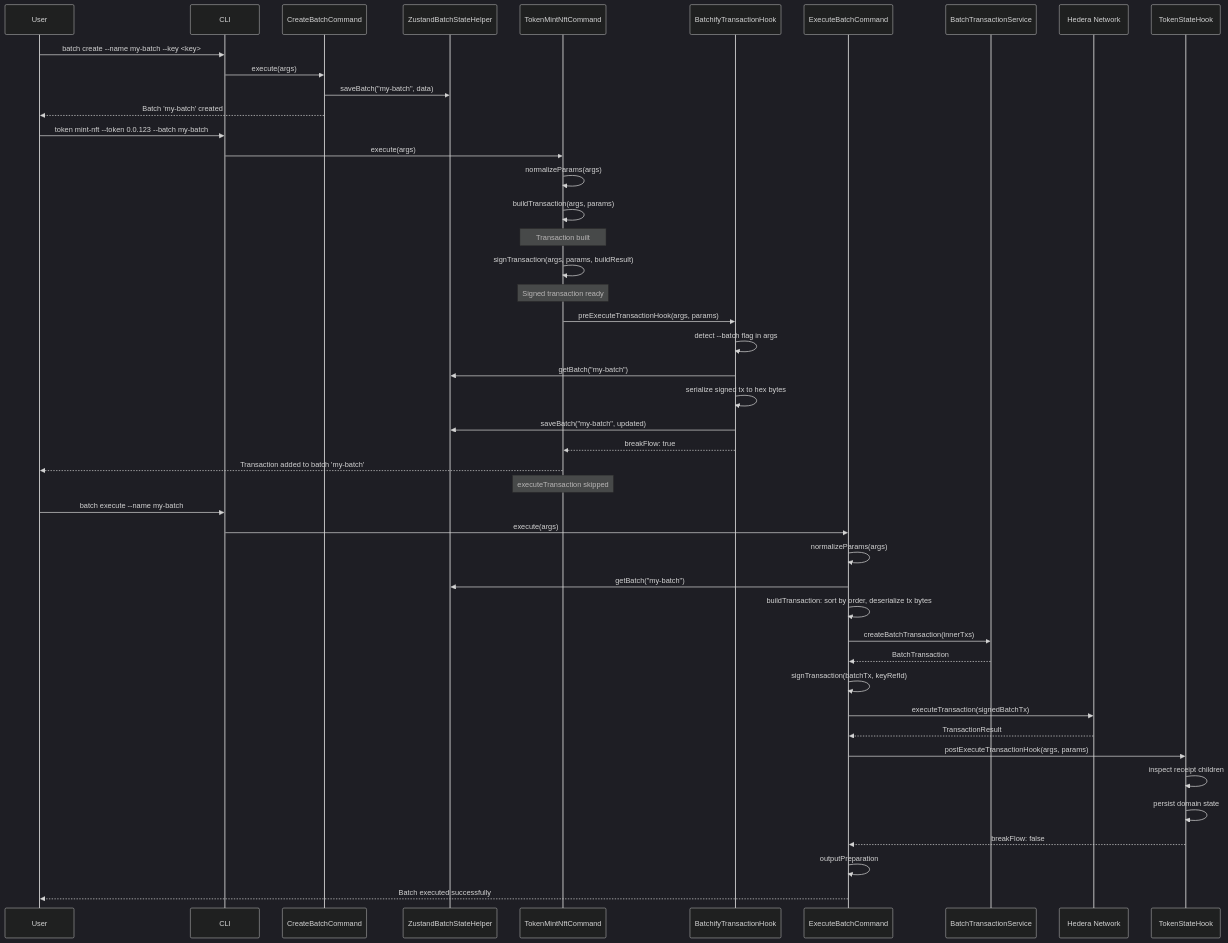
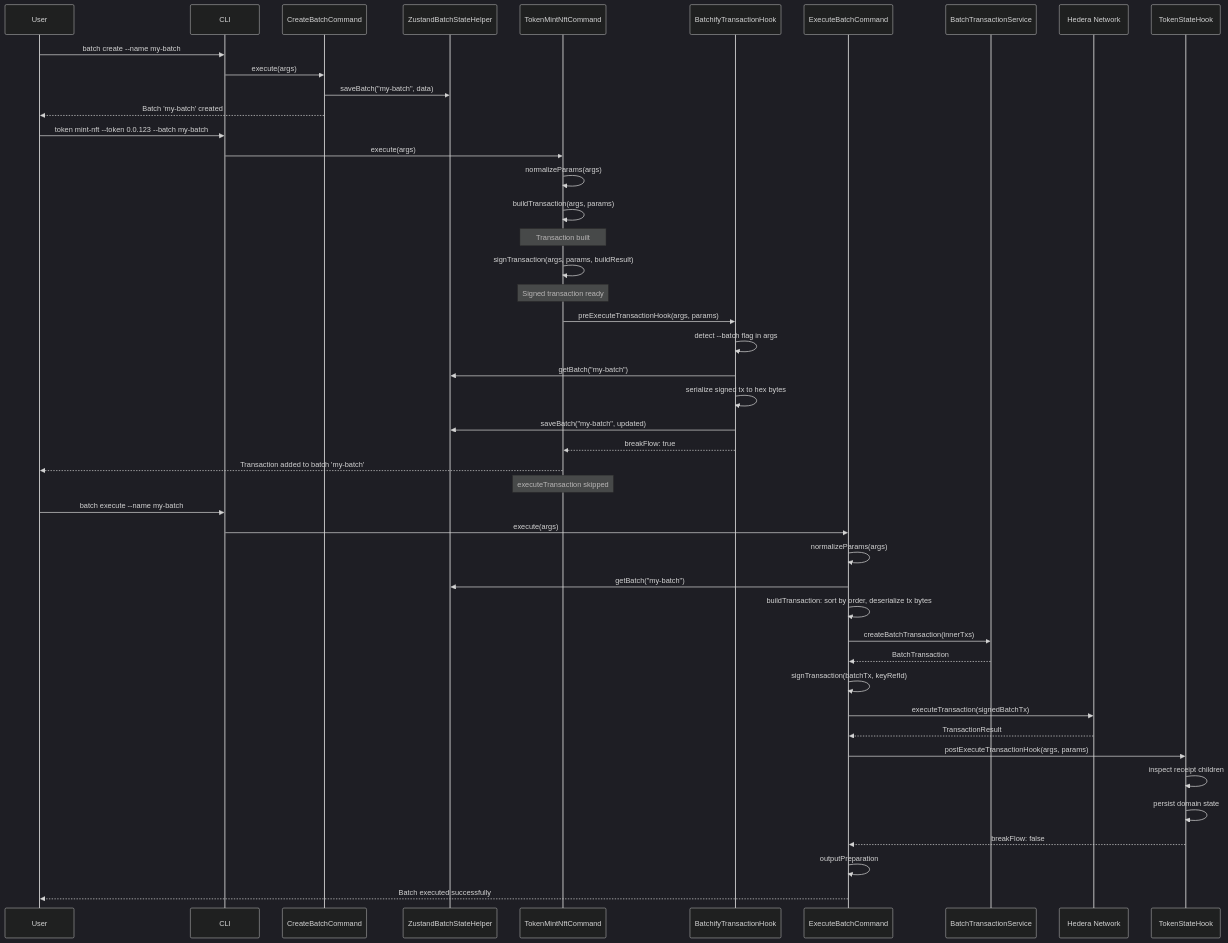
One commit to hiero-ledger/hiero-cli changed the first of 2 diagrams in docs/adr/ADR-010-batch-transaction-plugin.md. Above: the diagram before and after it, drawn with Mermaid (dark theme). The commit also changed other lines of this file and 4 other files, not shown here.

Commit message:
feat(1583): make key optional in batch create with operator fallback  (#1589)

````diff
--- a/docs/adr/ADR-010-batch-transaction-plugin.md
+++ b/docs/adr/ADR-010-batch-transaction-plugin.md
@@ -441,55 +442,55 @@
 ```mermaid
 sequenceDiagram
     participant User
     participant CLI
     participant CreateBatchCmd as CreateBatchCommand
     participant BatchState as ZustandBatchStateHelper
     participant TokenCmd as TokenMintNftCommand
     participant AddHook as BatchifyTransactionHook
     participant ExecuteCmd as ExecuteBatchCommand
     participant BatchSvc as BatchTransactionService
     participant Network as Hedera Network
     participant DomainHook as TokenStateHook
 
-    User->>CLI: batch create --name my-batch --key <key>
+    User->>CLI: batch create --name my-batch
     CLI->>CreateBatchCmd: execute(args)
     CreateBatchCmd->>BatchState: saveBatch("my-batch", data)
     CreateBatchCmd-->>User: Batch 'my-batch' created
 
     User->>CLI: token mint-nft --token 0.0.123 --batch my-batch
     CLI->>TokenCmd: execute(args)
     TokenCmd->>TokenCmd: normalizeParams(args)
     TokenCmd->>TokenCmd: buildTransaction(args, params)
     Note over TokenCmd: Transaction built
     TokenCmd->>TokenCmd: signTransaction(args, params, buildResult)
     Note over TokenCmd: Signed transaction ready
 
     TokenCmd->>AddHook: preExecuteTransactionHook(args, params)
     AddHook->>AddHook: detect --batch flag in args
     AddHook->>BatchState: getBatch("my-batch")
     AddHook->>AddHook: serialize signed tx to hex bytes
     AddHook->>BatchState: saveBatch("my-batch", updated)
     AddHook-->>TokenCmd: breakFlow: true
     TokenCmd-->>User: Transaction added to batch 'my-batch'
     Note over TokenCmd: executeTransaction skipped
 
     User->>CLI: batch execute --name my-batch
     CLI->>ExecuteCmd: execute(args)
     ExecuteCmd->>ExecuteCmd: normalizeParams(args)
     ExecuteCmd->>BatchState: getBatch("my-batch")
     ExecuteCmd->>ExecuteCmd: buildTransaction: sort by order, deserialize tx bytes
     ExecuteCmd->>BatchSvc: createBatchTransaction(innerTxs)
     BatchSvc-->>ExecuteCmd: BatchTransaction
     ExecuteCmd->>ExecuteCmd: signTransaction(batchTx, keyRefId)
 
     ExecuteCmd->>Network: executeTransaction(signedBatchTx)
     Network-->>ExecuteCmd: TransactionResult
 
     ExecuteCmd->>DomainHook: postExecuteTransactionHook(args, params)
     DomainHook->>DomainHook: inspect receipt children
     DomainHook->>DomainHook: persist domain state
     DomainHook-->>ExecuteCmd: breakFlow: false
 
     ExecuteCmd->>ExecuteCmd: outputPreparation
     ExecuteCmd-->>User: Batch executed successfully
 ```
````
